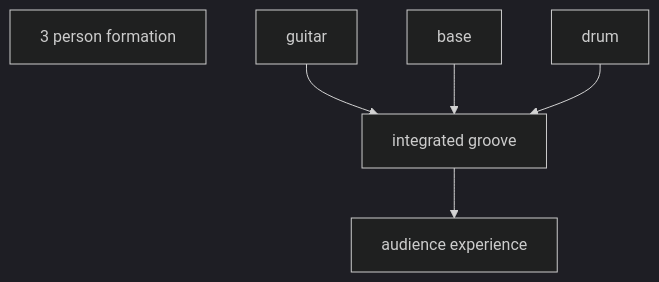
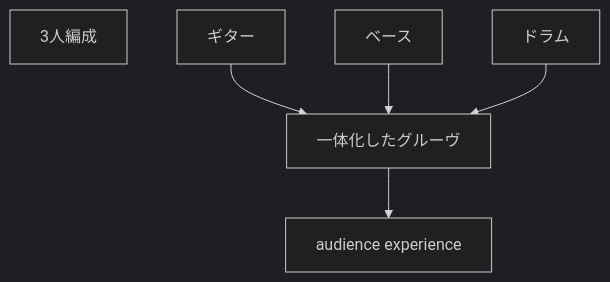
One commit to monumental-movement/monumental-movement.github.io changed diagram 14 of 16 in en/_posts/2026-08-04-column-high-fade.md. Above: the diagram before and after it, drawn with Mermaid (dark theme). The commit also changed other lines of this file and 2196 other files, not shown here.

```diff
--- a/en/_posts/2026-08-04-column-high-fade.md
+++ b/en/_posts/2026-08-04-column-high-fade.md
@@ -1510,14 +1509,14 @@
 <div class="mermaid">
 graph TD
-A[3 person formation]
+A[3人編成]
 
-B[guitar]
-C[base]
-D[drum]
+B[ギター]
+C[ベース]
+D[ドラム]
 
-B --> E[integrated groove]
+B --> E[一体化したグルーヴ]
 C --> E
 D --> E
 
 E --> F[audience experience]
 </div>
```
